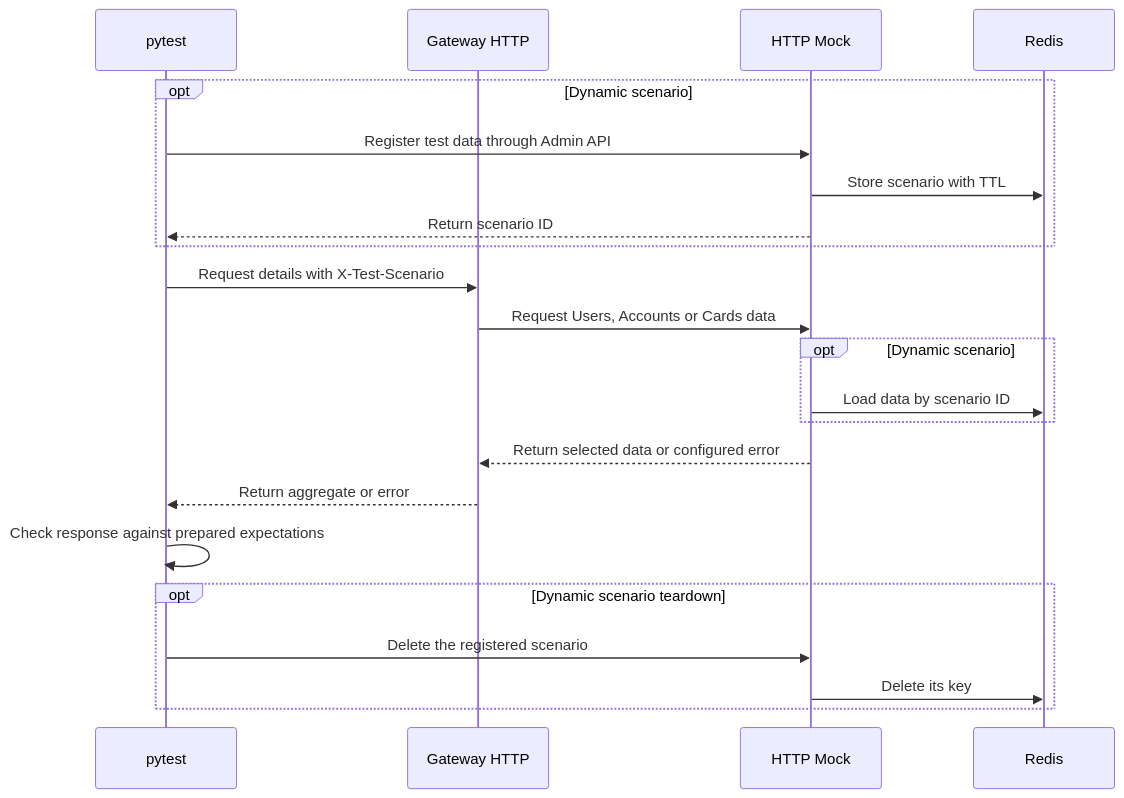
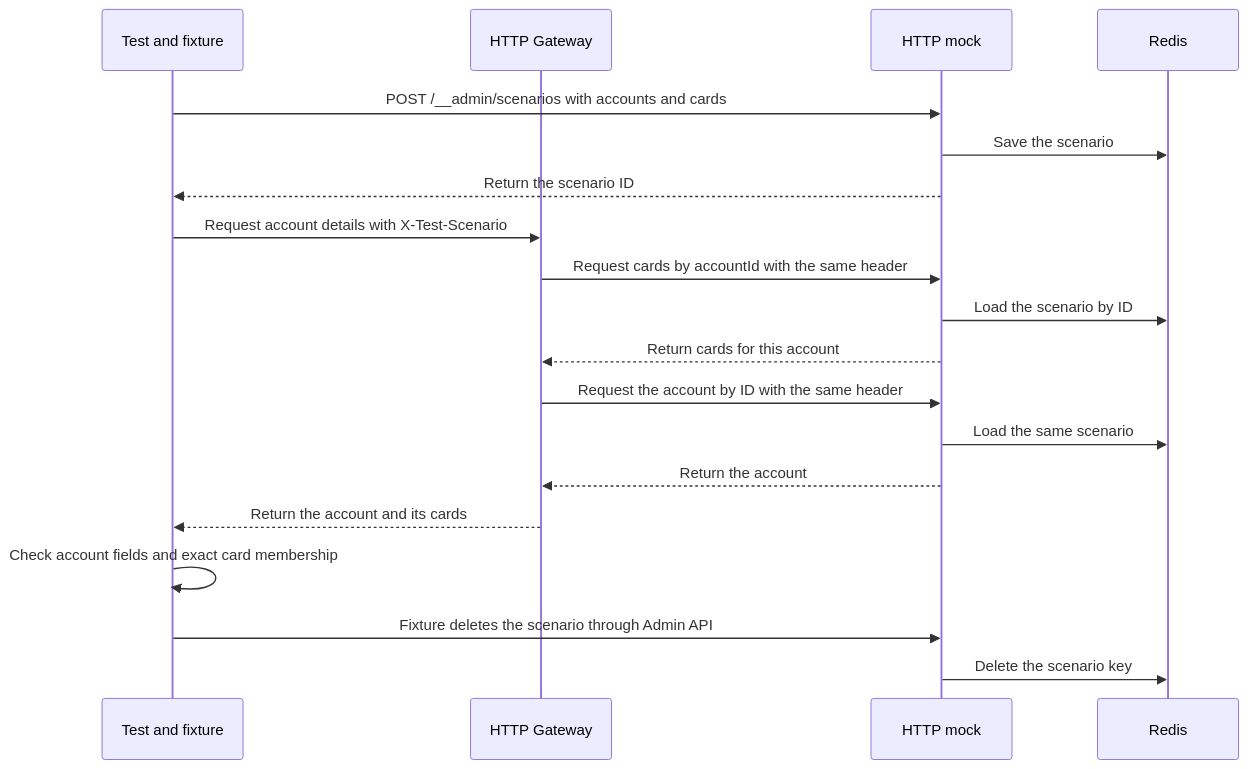
Before and after one commit to Barbaron86/isolation-api-tests: the second of 3 diagrams in README.md, drawn with Mermaid. The commit also changed other lines of this file and 1 other file, not shown here.

Commit message:
docs: уточнить схемы Gateway и Operations и сократить README

````diff
--- a/README.md
+++ b/README.md
@@ -148,24 +173,24 @@
 ```mermaid
 sequenceDiagram
-    participant T as pytest
-    participant G as Gateway HTTP
-    participant M as HTTP Mock
+    participant T as Test and fixture
+    participant G as HTTP Gateway
+    participant M as HTTP mock
     participant R as Redis
-    opt Dynamic scenario
-        T->>M: Register test data through Admin API
-        M->>R: Store scenario with TTL
-        M-->>T: Return scenario ID
-    end
-    T->>G: Request details with X-Test-Scenario
-    G->>M: Request Users, Accounts or Cards data
-    opt Dynamic scenario
-        M->>R: Load data by scenario ID
-    end
-    M-->>G: Return selected data or configured error
-    G-->>T: Return aggregate or error
-    T->>T: Check response against prepared expectations
-    opt Dynamic scenario teardown
-        T->>M: Delete the registered scenario
-        M->>R: Delete its key
-    end
+
+    T->>M: POST /__admin/scenarios with accounts and cards
+    M->>R: Save the scenario
+    M-->>T: Return the scenario ID
+
+    T->>G: Request account details with X-Test-Scenario
+    G->>M: Request cards by accountId with the same header
+    M->>R: Load the scenario by ID
+    M-->>G: Return cards for this account
+    G->>M: Request the account by ID with the same header
+    M->>R: Load the same scenario
+    M-->>G: Return the account
+    G-->>T: Return the account and its cards
+
+    T->>T: Check account fields and exact card membership
+    T->>M: Fixture deletes the scenario through Admin API
+    M->>R: Delete the scenario key
 ```
````
